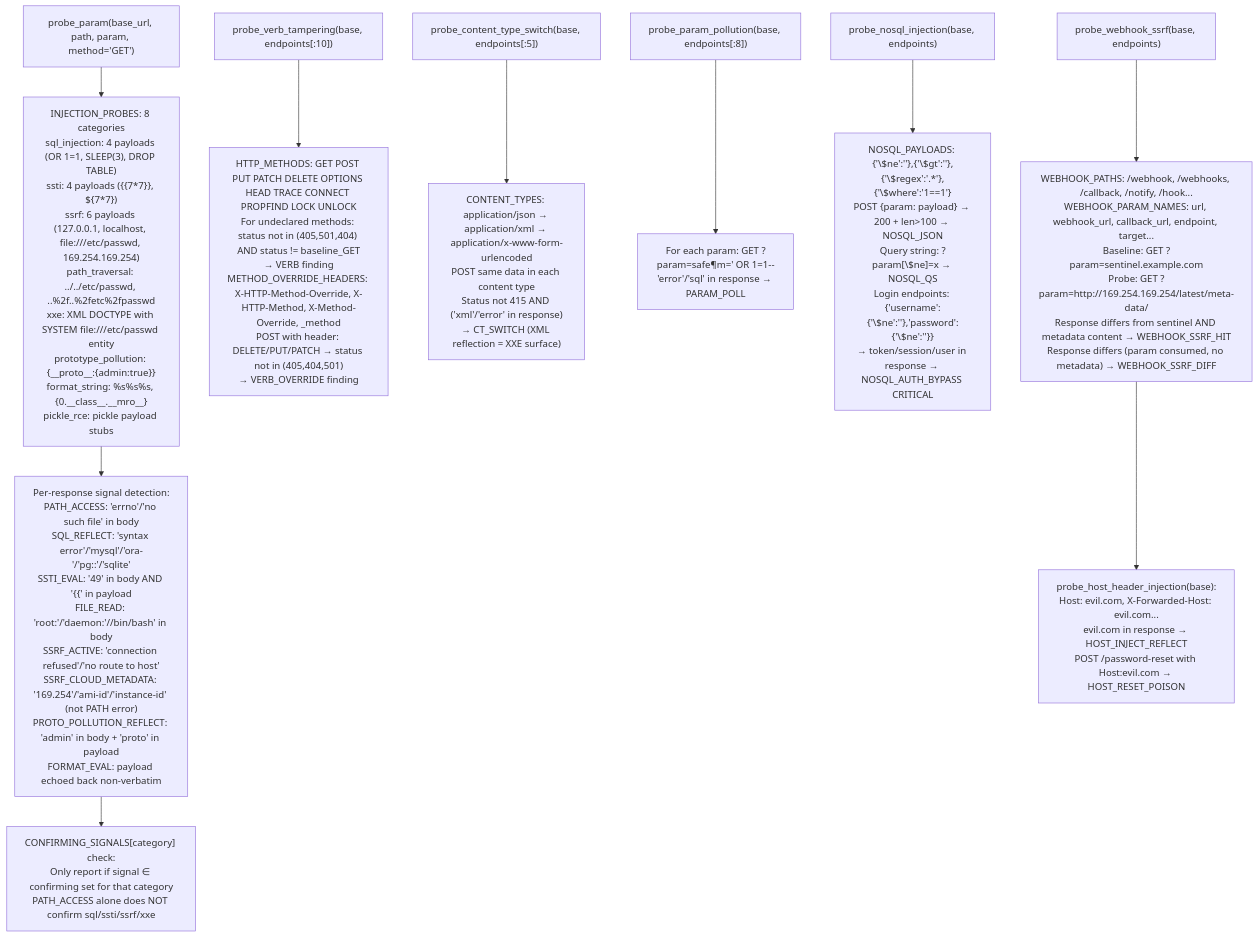
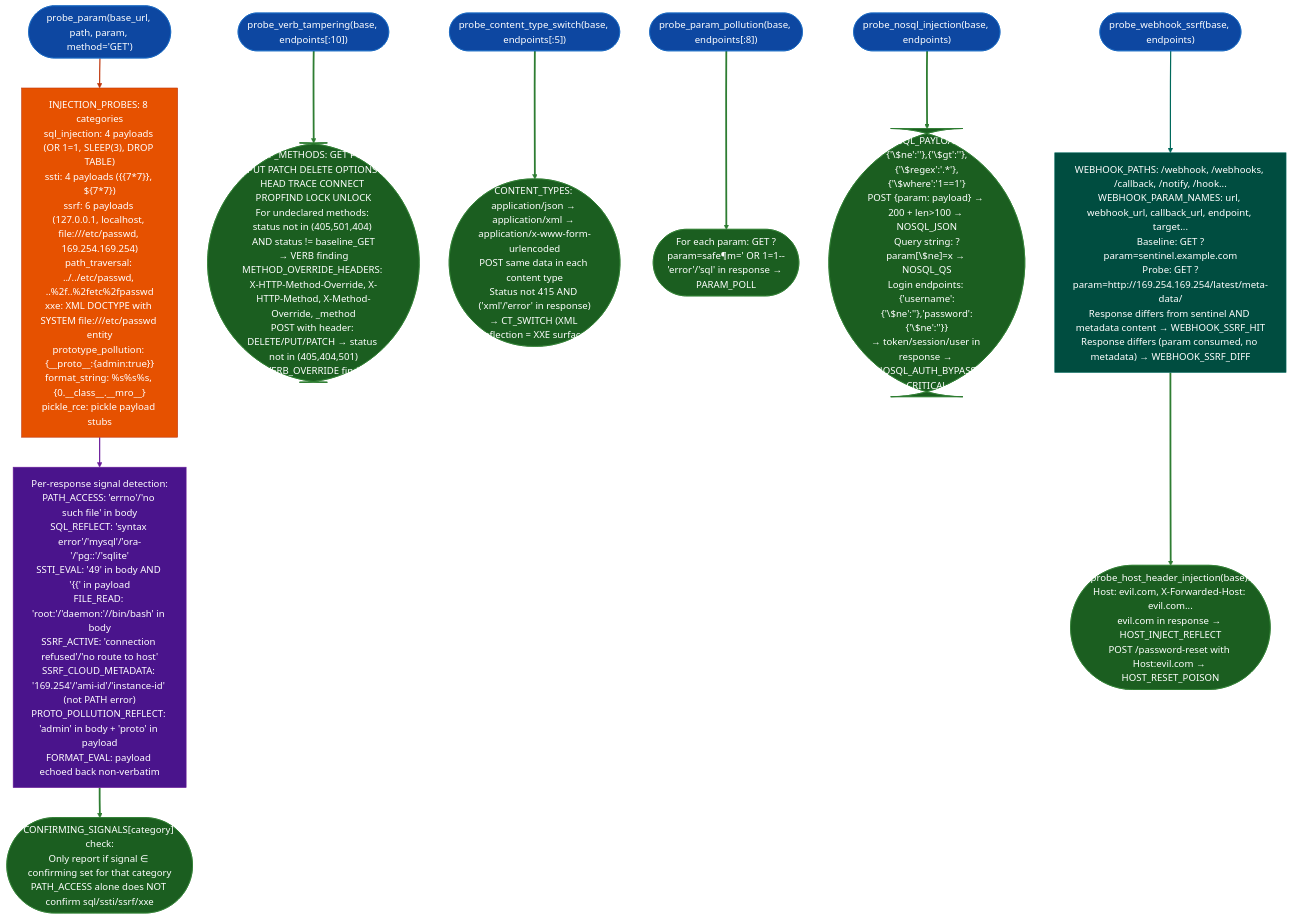
One commit to Ablation-Tool/ablation changed the diagram in docs/reference-modules/api-injection-and-validation-checks.md. Above: the diagram before and after it, drawn with Mermaid. The commit also changed 320 other files, not shown here.

First line of the commit message:
docs: apply canonical Mermaid template to all 321 diagrams

````diff
--- a/docs/reference-modules/api-injection-and-validation-checks.md
+++ b/docs/reference-modules/api-injection-and-validation-checks.md
@@ -19,12 +19,27 @@
 ```mermaid
 flowchart TD
-    A["probe_param(base_url, path, param, method='GET')"] --> B["INJECTION_PROBES: 8 categories\nsql_injection: 4 payloads (OR 1=1, SLEEP(3), DROP TABLE)\nssti: 4 payloads ({{7*7}}, ${7*7})\nssrf: 6 payloads (127.0.0.1, localhost, file:///etc/passwd, 169.254.169.254)\npath_traversal: ../../etc/passwd, ..%2f..%2fetc%2fpasswd\nxxe: XML DOCTYPE with SYSTEM file:///etc/passwd entity\nprototype_pollution: {__proto__:{admin:true}}\nformat_string: %s%s%s, {0.__class__.__mro__}\npickle_rce: pickle payload stubs"]
-    B --> C["Per-response signal detection:\nPATH_ACCESS: 'errno'/'no such file' in body\nSQL_REFLECT: 'syntax error'/'mysql'/'ora-'/'pg::'/'sqlite'\nSSTI_EVAL: '49' in body AND '{{' in payload\nFILE_READ: 'root:'/'daemon:'//bin/bash' in body\nSSRF_ACTIVE: 'connection refused'/'no route to host'\nSSRF_CLOUD_METADATA: '169.254'/'ami-id'/'instance-id' (not PATH error)\nPROTO_POLLUTION_REFLECT: 'admin' in body + 'proto' in payload\nFORMAT_EVAL: payload echoed back non-verbatim"]
-    C --> D["CONFIRMING_SIGNALS[category] check:\nOnly report if signal ∈ confirming set for that category\nPATH_ACCESS alone does NOT confirm sql/ssti/ssrf/xxe"]
-    E["probe_verb_tampering(base, endpoints[:10])"] --> F["HTTP_METHODS: GET POST PUT PATCH DELETE OPTIONS HEAD TRACE CONNECT PROPFIND LOCK UNLOCK\nFor undeclared methods: status not in (405,501,404) AND status != baseline_GET\n→ VERB finding\nMETHOD_OVERRIDE_HEADERS: X-HTTP-Method-Override, X-HTTP-Method, X-Method-Override, _method\nPOST with header: DELETE/PUT/PATCH → status not in (405,404,501)\n→ VERB_OVERRIDE finding"]
-    G["probe_content_type_switch(base, endpoints[:5])"] --> H["CONTENT_TYPES: application/json → application/xml → application/x-www-form-urlencoded\nPOST same data in each content type\nStatus not 415 AND ('xml'/'error' in response)\n→ CT_SWITCH (XML reflection = XXE surface)"]
-    I["probe_param_pollution(base, endpoints[:8])"] --> J["For each param: GET ?param=safe&param=' OR 1=1--\n'error'/'sql' in response → PARAM_POLL"]
-    K["probe_nosql_injection(base, endpoints)"] --> L["NOSQL_PAYLOADS: {'\$ne':''},{'\$gt':''},{'\$regex':'.*'},{'\$where':'1==1'}\nPOST {param: payload} → 200 + len>100 → NOSQL_JSON\nQuery string: ?param[\$ne]=x → NOSQL_QS\nLogin endpoints: {'username':{'\$ne':''},'password':{'\$ne':''}}\n→ token/session/user in response → NOSQL_AUTH_BYPASS CRITICAL"]
-    M["probe_webhook_ssrf(base, endpoints)"] --> N["WEBHOOK_PATHS: /webhook, /webhooks, /callback, /notify, /hook...\nWEBHOOK_PARAM_NAMES: url, webhook_url, callback_url, endpoint, target...\nBaseline: GET ?param=sentinel.example.com\nProbe: GET ?param=http://169.254.169.254/latest/meta-data/\nResponse differs from sentinel AND metadata content → WEBHOOK_SSRF_HIT\nResponse differs (param consumed, no metadata) → WEBHOOK_SSRF_DIFF"]
-    N --> O["probe_host_header_injection(base):\nHost: evil.com, X-Forwarded-Host: evil.com...\nevil.com in response → HOST_INJECT_REFLECT\nPOST /password-reset with Host:evil.com → HOST_RESET_POISON"]
+    A(["probe_param(base_url, path, param, method='GET')"]):::input --> B["INJECTION_PROBES: 8 categories\nsql_injection: 4 payloads (OR 1=1, SLEEP(3), DROP TABLE)\nssti: 4 payloads ({{7*7}}, ${7*7})\nssrf: 6 payloads (127.0.0.1, localhost, file:///etc/passwd, 169.254.169.254)\npath_traversal: ../../etc/passwd, ..%2f..%2fetc%2fpasswd\nxxe: XML DOCTYPE with SYSTEM file:///etc/passwd entity\nprototype_pollution: {__proto__:{admin:true}}\nformat_string: %s%s%s, {0.__class__.__mro__}\npickle_rce: pickle payload stubs"]:::primary
+    B:::primary --> C["Per-response signal detection:\nPATH_ACCESS: 'errno'/'no such file' in body\nSQL_REFLECT: 'syntax error'/'mysql'/'ora-'/'pg::'/'sqlite'\nSSTI_EVAL: '49' in body AND '{{' in payload\nFILE_READ: 'root:'/'daemon:'//bin/bash' in body\nSSRF_ACTIVE: 'connection refused'/'no route to host'\nSSRF_CLOUD_METADATA: '169.254'/'ami-id'/'instance-id' (not PATH error)\nPROTO_POLLUTION_REFLECT: 'admin' in body + 'proto' in payload\nFORMAT_EVAL: payload echoed back non-verbatim"]:::tertiary
+    C:::tertiary --> D(["CONFIRMING_SIGNALS[category] check:\nOnly report if signal ∈ confirming set for that category\nPATH_ACCESS alone does NOT confirm sql/ssti/ssrf/xxe"]):::output
+    E(["probe_verb_tampering(base, endpoints[:10])"]):::input --> F(["HTTP_METHODS: GET POST PUT PATCH DELETE OPTIONS HEAD TRACE CONNECT PROPFIND LOCK UNLOCK\nFor undeclared methods: status not in (405,501,404) AND status != baseline_GET\n→ VERB finding\nMETHOD_OVERRIDE_HEADERS: X-HTTP-Method-Override, X-HTTP-Method, X-Method-Override, _method\nPOST with header: DELETE/PUT/PATCH → status not in (405,404,501)\n→ VERB_OVERRIDE finding"]):::output
+    G(["probe_content_type_switch(base, endpoints[:5])"]):::input --> H(["CONTENT_TYPES: application/json → application/xml → application/x-www-form-urlencoded\nPOST same data in each content type\nStatus not 415 AND ('xml'/'error' in response)\n→ CT_SWITCH (XML reflection = XXE surface)"]):::output
+    I(["probe_param_pollution(base, endpoints[:8])"]):::input --> J(["For each param: GET ?param=safe&param=' OR 1=1--\n'error'/'sql' in response → PARAM_POLL"]):::output
+    K(["probe_nosql_injection(base, endpoints)"]):::input --> L(["NOSQL_PAYLOADS: {'\$ne':''},{'\$gt':''},{'\$regex':'.*'},{'\$where':'1==1'}\nPOST {param: payload} → 200 + len>100 → NOSQL_JSON\nQuery string: ?param[\$ne]=x → NOSQL_QS\nLogin endpoints: {'username':{'\$ne':''},'password':{'\$ne':''}}\n→ token/session/user in response → NOSQL_AUTH_BYPASS CRITICAL"]):::output
+    M(["probe_webhook_ssrf(base, endpoints)"]):::input --> N["WEBHOOK_PATHS: /webhook, /webhooks, /callback, /notify, /hook...\nWEBHOOK_PARAM_NAMES: url, webhook_url, callback_url, endpoint, target...\nBaseline: GET ?param=sentinel.example.com\nProbe: GET ?param=http://169.254.169.254/latest/meta-data/\nResponse differs from sentinel AND metadata content → WEBHOOK_SSRF_HIT\nResponse differs (param consumed, no metadata) → WEBHOOK_SSRF_DIFF"]:::secondary
+    N:::secondary --> O(["probe_host_header_injection(base):\nHost: evil.com, X-Forwarded-Host: evil.com...\nevil.com in response → HOST_INJECT_REFLECT\nPOST /password-reset with Host:evil.com → HOST_RESET_POISON"]):::output
+    classDef input     fill:#0d47a1,stroke:#1565c0,color:#fff
+    classDef primary   fill:#e65100,stroke:#bf360c,color:#fff
+    classDef secondary fill:#004d40,stroke:#00695c,color:#fff
+    classDef tertiary  fill:#4a148c,stroke:#6a1b9a,color:#fff
+    classDef neutral   fill:#37474f,stroke:#546e7a,color:#fff
+    classDef output    fill:#1b5e20,stroke:#2e7d32,color:#fff
+    linkStyle 0 stroke:#bf360c,stroke-width:2px
+    linkStyle 1 stroke:#6a1b9a,stroke-width:2px
+    linkStyle 2 stroke:#2e7d32,stroke-width:3px
+    linkStyle 3 stroke:#2e7d32,stroke-width:3px
+    linkStyle 4 stroke:#2e7d32,stroke-width:3px
+    linkStyle 5 stroke:#2e7d32,stroke-width:3px
+    linkStyle 6 stroke:#2e7d32,stroke-width:3px
+    linkStyle 7 stroke:#00695c,stroke-width:2px
+    linkStyle 8 stroke:#2e7d32,stroke-width:3px
 ```
````
